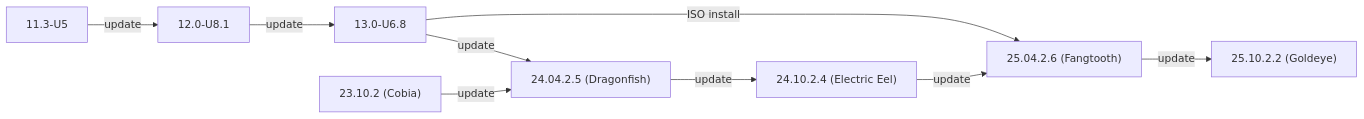
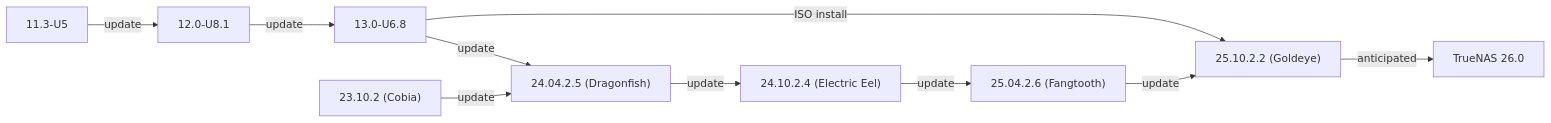
The second of 2 diagrams in static/includes/SCALEUpgradePaths.md (truenas/documentation), drawn with Mermaid before and after one commit. The commit also changed other lines of this file and 1 other file, not shown here.

Commit message:
update upgrade paths

```diff
--- a/static/includes/SCALEUpgradePaths.md
+++ b/static/includes/SCALEUpgradePaths.md
@@ -52,12 +53,13 @@
             {{< mermaid class="mermaid_sizing" >}}
             flowchart LR
               A["11.3-U5"] -->|update| B
               B["12.0-U8.1"] -->|update| C
-              C["13.0-U6.8"] -->|ISO install| G
+              C["13.0-U6.8"] -->|ISO install| H
               C -->|update| E
               D["23.10.2 (Cobia)"] -->|update| E
               E["24.04.2.5 (Dragonfish)"]  -->|update| F
               F["24.10.2.4 (Electric Eel)"] -->|update| G
               G["25.04.2.6 (Fangtooth)"] -->|update| H
-              H["25.10.2.2 (Goldeye)"]
+              H["25.10.2.2 (Goldeye)"] -->|"anticipated"| I
+              I["TrueNAS 26.0"]
             {{< /mermaid >}}
```
